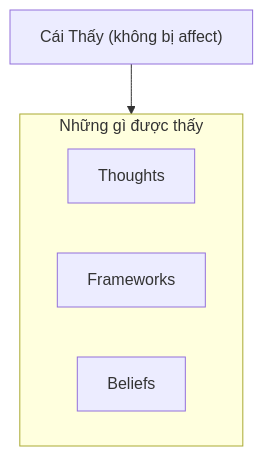
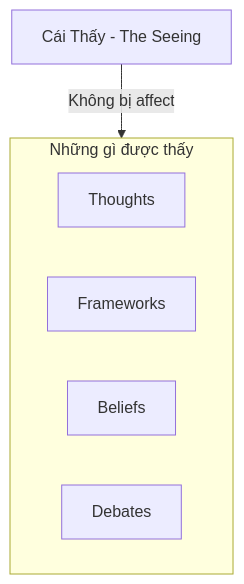
One commit to dyukahi/knowledge changed the third of 3 diagrams in esoterica/Nghịch Lý Của Hiểu Biết.md. Above: the diagram before and after it, drawn with Mermaid. The commit also changed other lines of this file, not shown here.

````diff
--- a/esoterica/Nghịch Lý Của Hiểu Biết.md
+++ b/esoterica/Nghịch Lý Của Hiểu Biết.md
@@ -88,12 +121,13 @@
 ```mermaid
 flowchart TB
     subgraph Objects[Những gì được thấy]
         T[Thoughts]
-        F[Frameworks]  
+        F[Frameworks]
         B[Beliefs]
+        D[Debates]
     end
     
-    S["Cái Thấy (không bị affect)"]
+    S[Cái Thấy - The Seeing]
     
-    S --> Objects
+    S -->|"Không bị affect"| Objects
 ```
````
